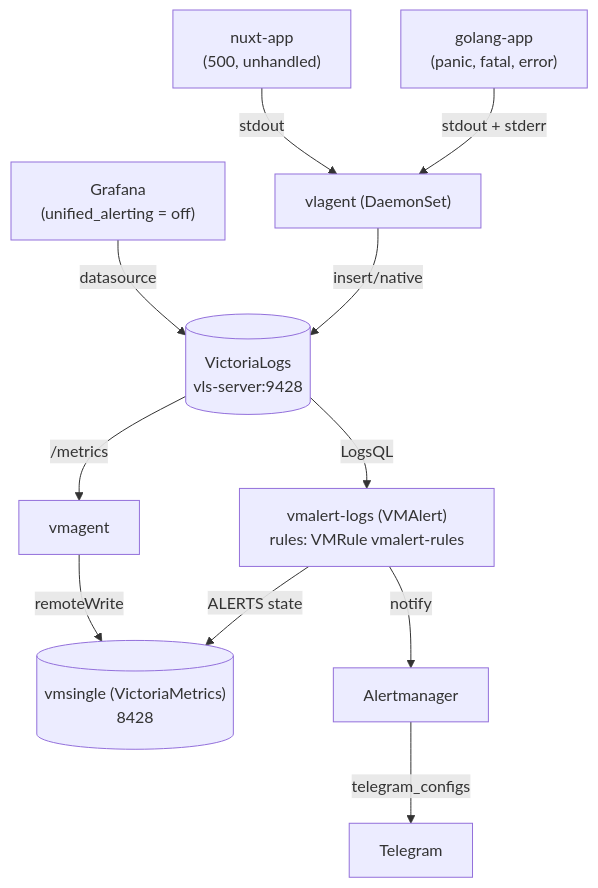
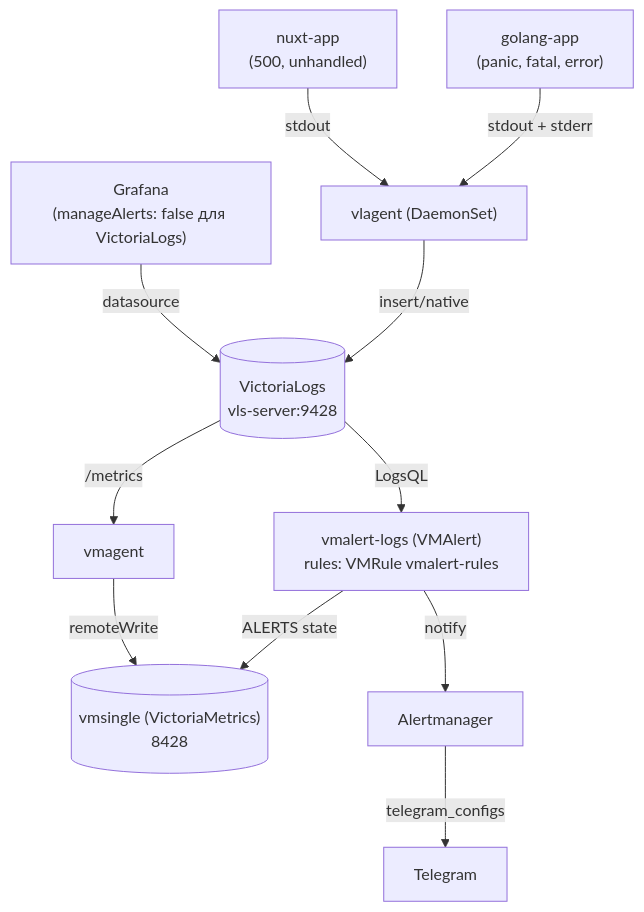
The diagram in README.md (patsevanton/victorialogs-alerting-by-error-panic), drawn with Mermaid before and after one commit. The commit also changed other lines of this file and 2 other files, not shown here.

Commit message:
выключение алертов по логам через manageAlerts и удаление явных дефолтов vmsingle

````diff
--- a/README.md
+++ b/README.md
@@ -19,16 +19,16 @@
 ```mermaid
 flowchart TD
     Go["golang-app<br/>(panic, fatal, error)"] -->|stdout + stderr| Vlagent["vlagent (DaemonSet)"]
     Nuxt["nuxt-app<br/>(500, unhandled)"] -->|stdout| Vlagent
     Vlagent -->|insert/native| VL[("VictoriaLogs<br/>vls-server:9428")]
 
     VL -->|LogsQL| VMA["vmalert-logs (VMAlert)<br/>rules: VMRule vmalert-rules"]
     VMA -->|ALERTS state| VMSingle[("vmsingle (VictoriaMetrics)<br/>8428")]
     VMA -->|notify| AM["Alertmanager"]
     AM -->|telegram_configs| TG["Telegram"]
 
-    Grafana["Grafana<br/>(unified_alerting = off)"] -->|datasource| VL
+    Grafana["Grafana<br/>(manageAlerts: false для VictoriaLogs)"] -->|datasource| VL
 
     VL -->|/metrics| VMAgent["vmagent"]
     VMAgent -->|remoteWrite| VMSingle
 ```
````
